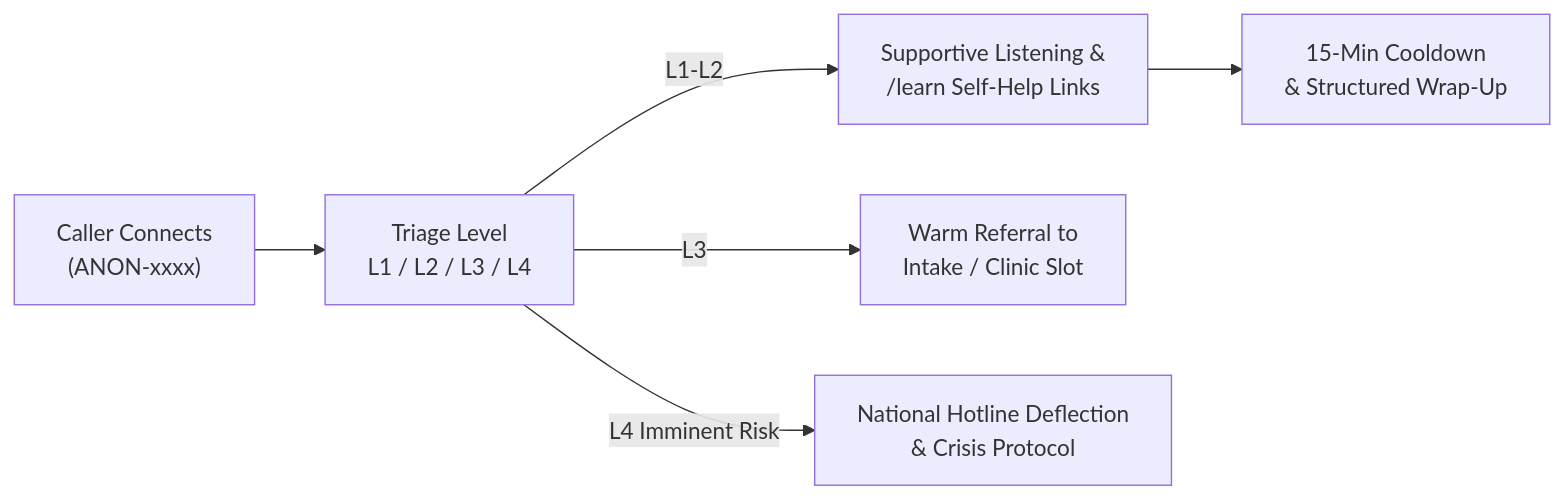
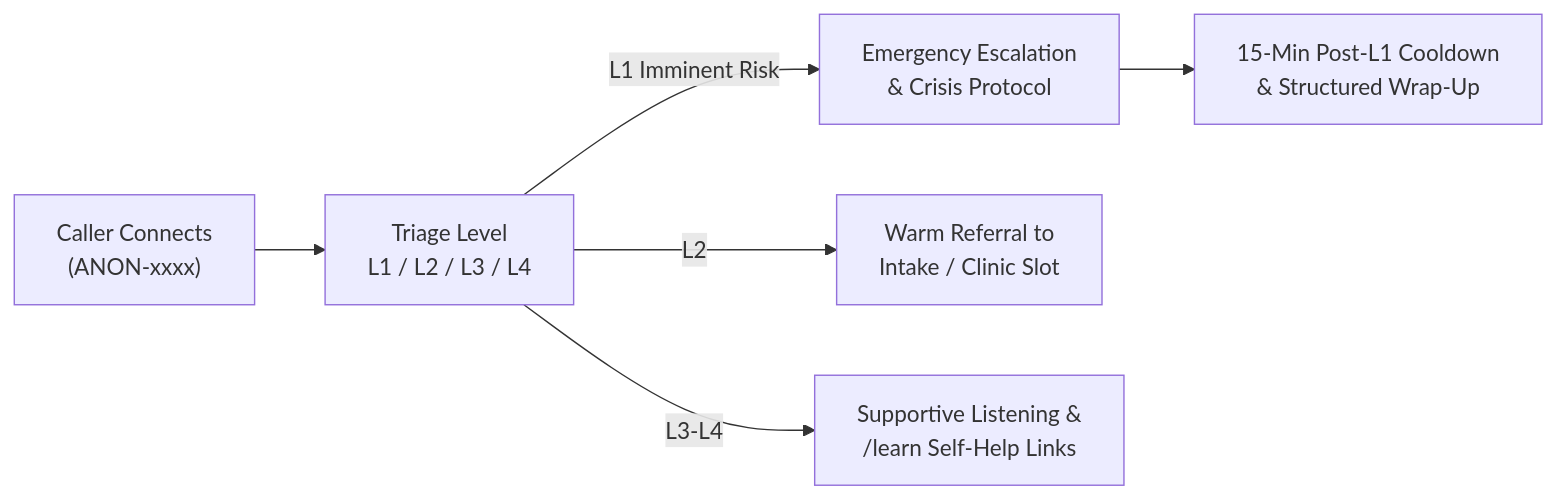
The diagram in personas/07-case-manager-and-safety-responder.md (mykelu/mh-clinic-docs), drawn with Mermaid before and after one commit. The commit also changed other lines of this file and 31 other files, not shown here.

````diff
--- a/personas/07-case-manager-and-safety-responder.md
+++ b/personas/07-case-manager-and-safety-responder.md
@@ -34,8 +34,8 @@
 ```mermaid
 flowchart LR
     A["Caller Connects<br/>(ANON-xxxx)"] --> B["Triage Level<br/>L1 / L2 / L3 / L4"]
-    B -->|L1-L2| C["Supportive Listening &<br/>/learn Self-Help Links"]
-    B -->|L3| D["Warm Referral to<br/>Intake / Clinic Slot"]
-    B -->|L4 Imminent Risk| E["National Hotline Deflection<br/>& Crisis Protocol"]
-    C --> F["15-Min Cooldown<br/>& Structured Wrap-Up"]
+    B -->|L1 Imminent Risk| E["Emergency Escalation<br/>& Crisis Protocol"]
+    B -->|L2| D["Warm Referral to<br/>Intake / Clinic Slot"]
+    B -->|L3-L4| C["Supportive Listening &<br/>/learn Self-Help Links"]
+    E --> F["15-Min Post-L1 Cooldown<br/>& Structured Wrap-Up"]
 ```
````
